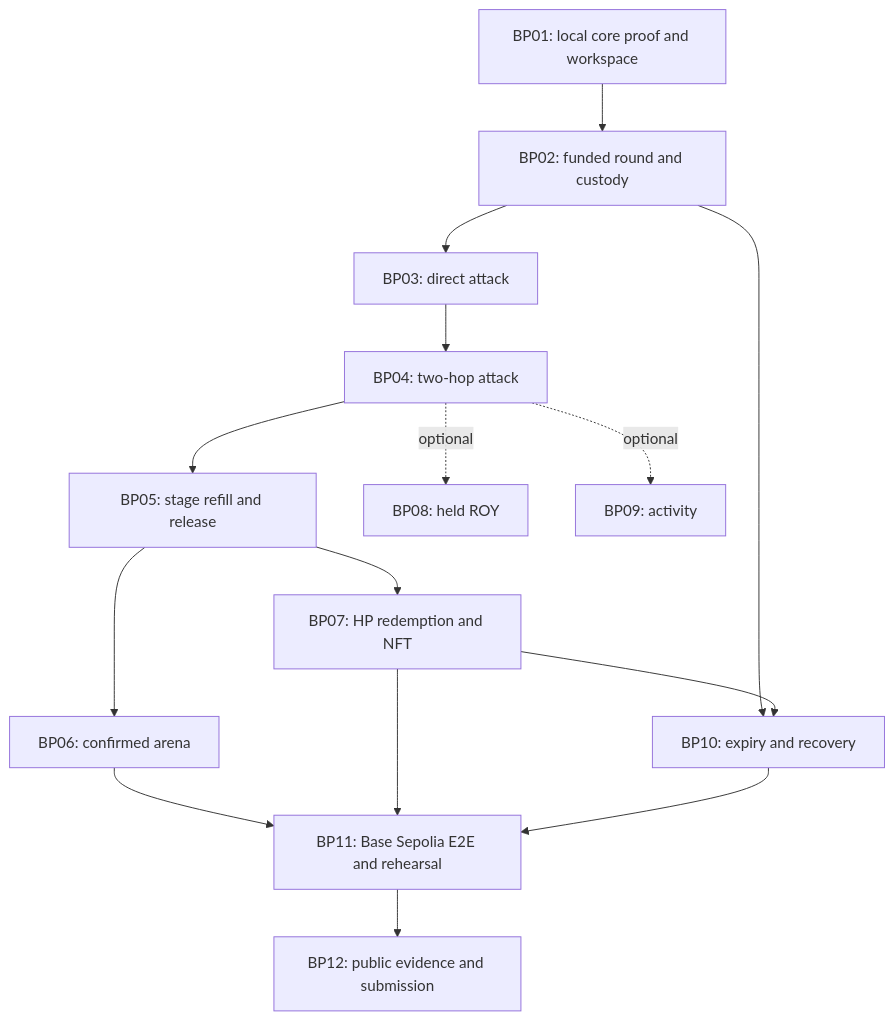
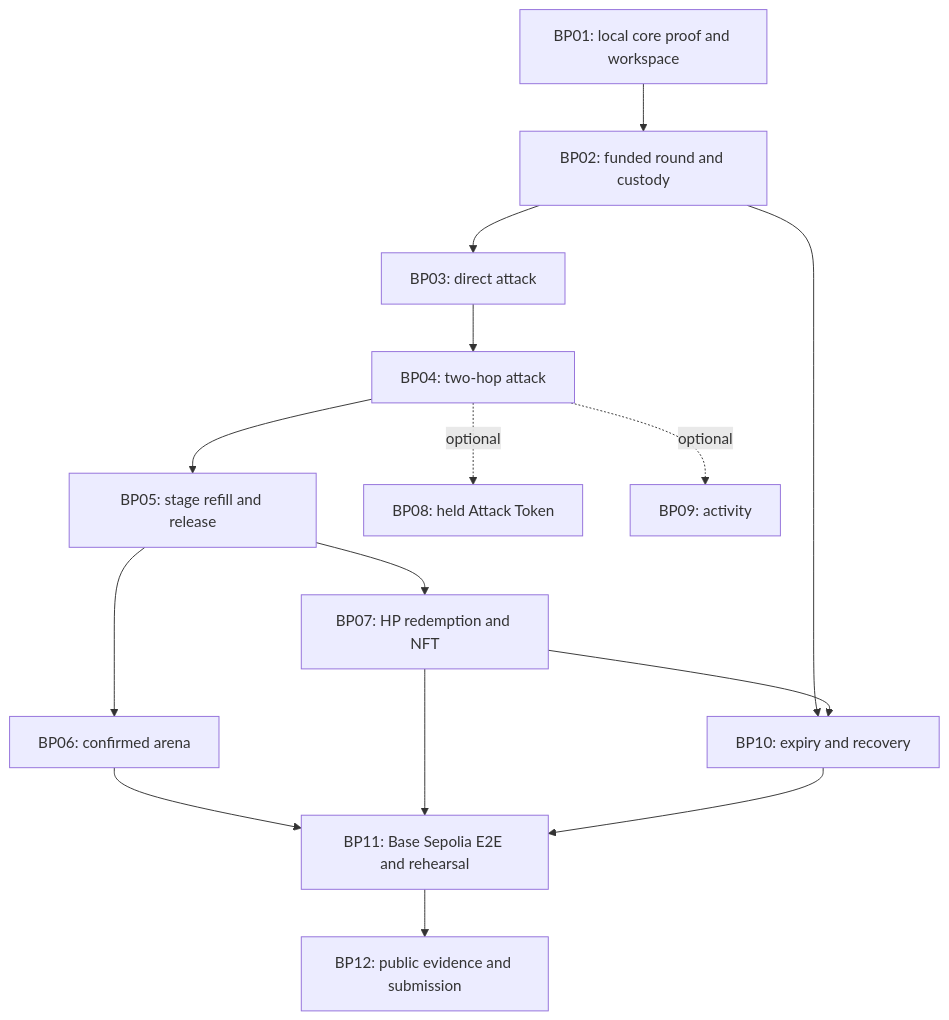
The diagram in docs/delivery-plan.md (0xroylee/eth-global-2026-tokyo), drawn with Mermaid before and after one commit. The commit also changed other lines of this file and 31 other files, not shown here.

Commit message:
docs: define live battle integration and Attack Token naming

````diff
--- a/docs/delivery-plan.md
+++ b/docs/delivery-plan.md
@@ -87,17 +87,17 @@
 ```mermaid
 flowchart TD
     A["BP01: local core proof and workspace"] --> B["BP02: funded round and custody"]
     B --> C["BP03: direct attack"]
     C --> D["BP04: two-hop attack"]
     D --> E["BP05: stage refill and release"]
     E --> F["BP06: confirmed arena"]
     E --> G["BP07: HP redemption and NFT"]
     B --> H["BP10: expiry and recovery"]
     G --> H
     F --> I["BP11: Base Sepolia E2E and rehearsal"]
     G --> I
     H --> I
     I --> J["BP12: public evidence and submission"]
-    D -. optional .-> K["BP08: held ROY"]
+    D -. optional .-> K["BP08: held Attack Token"]
     D -. optional .-> L["BP09: activity"]
 ```
````
